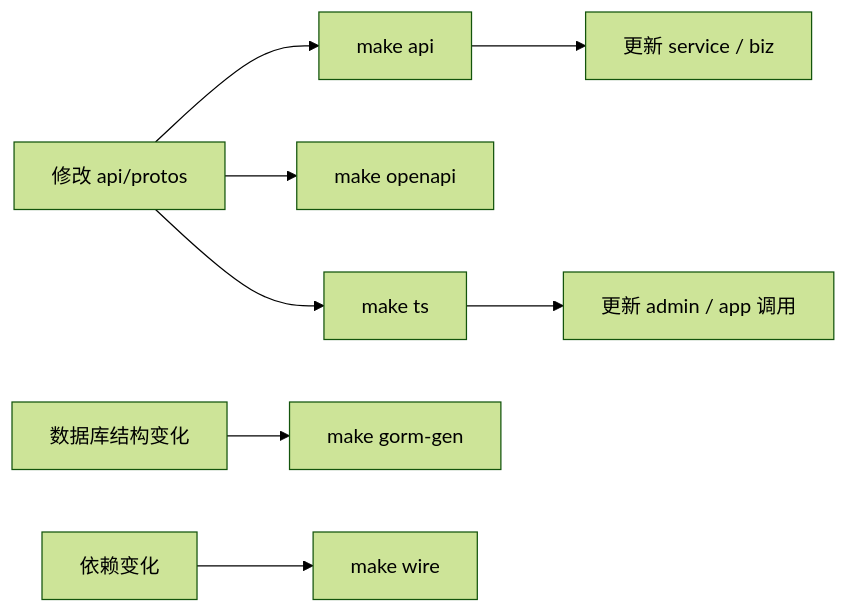
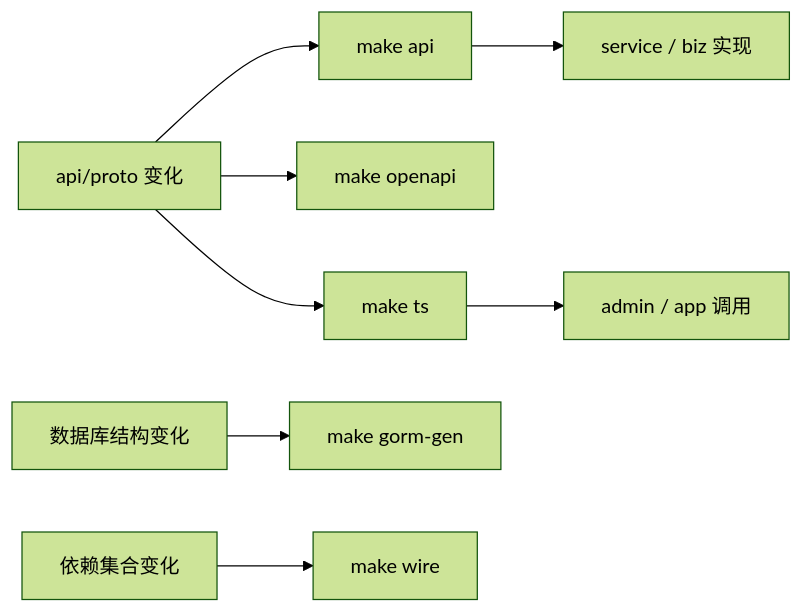
The second of 2 diagrams in docs/后端服务设计.md (liujitcn/shop), drawn with Mermaid (forest theme) before and after one commit. The commit also changed other lines of this file and 1765 other files, not shown here.

````diff
--- a/docs/后端服务设计.md
+++ b/docs/后端服务设计.md
@@ -58,10 +45,10 @@
 ```mermaid
 flowchart LR
-  Proto["修改 api/protos"] --> API["make api"]
+  Proto["api/proto 变化"] --> API["make api"]
   Proto --> OpenAPI["make openapi"]
   Proto --> TS["make ts"]
-  DB["数据库结构变化"] --> Gorm["make gorm-gen"]
-  DI["依赖变化"] --> Wire["make wire"]
-  API --> Impl["更新 service / biz"]
-  TS --> Frontend["更新 admin / app 调用"]
+  Schema["数据库结构变化"] --> Gorm["make gorm-gen"]
+  Wiring["依赖集合变化"] --> Wire["make wire"]
+  API --> Service["service / biz 实现"]
+  TS --> Frontend["admin / app 调用"]
 ```
````
